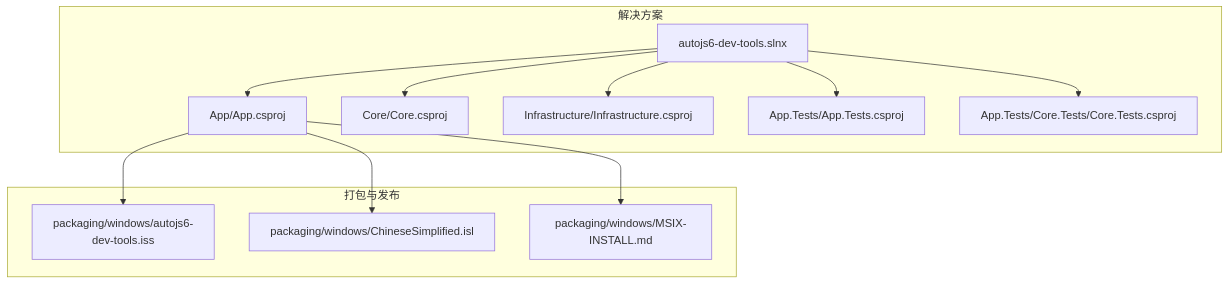
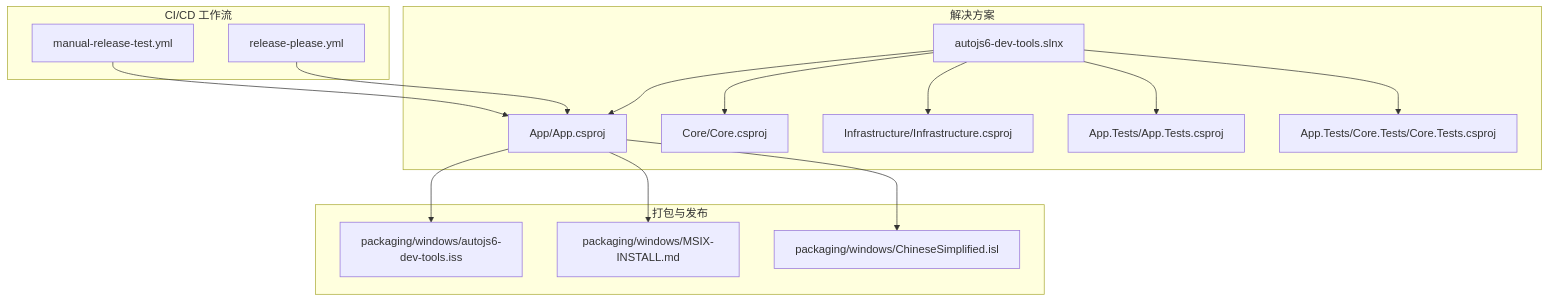
Before and after one commit to terwer/autojs6-dev-tools: the first of 7 diagrams in .qoder/repowiki/zh/content/贡献指南/代码贡献规范/开发流程与代码审查/持续集成与部署.md, drawn with Mermaid. The commit also changed other lines of this file and 11 other files, not shown here.

````diff
--- a/.qoder/repowiki/zh/content/贡献指南/代码贡献规范/开发流程与代码审查/持续集成与部署.md
+++ b/.qoder/repowiki/zh/content/贡献指南/代码贡献规范/开发流程与代码审查/持续集成与部署.md
@@ -46,24 +56,30 @@
 ```mermaid
 graph TB
 subgraph "解决方案"
 SLN["autojs6-dev-tools.slnx"]
 APP["App/App.csproj"]
 CORE["Core/Core.csproj"]
 INFRA["Infrastructure/Infrastructure.csproj"]
 TEST_APP["App.Tests/App.Tests.csproj"]
 TEST_CORE["App.Tests/Core.Tests/Core.Tests.csproj"]
 end
 subgraph "打包与发布"
 ISS["packaging/windows/autojs6-dev-tools.iss"]
 ISL["packaging/windows/ChineseSimplified.isl"]
 MSIX_MD["packaging/windows/MSIX-INSTALL.md"]
 end
+subgraph "CI/CD 工作流"
+MANUAL["manual-release-test.yml"]
+RELEASE["release-please.yml"]
+end
 SLN --> APP
 SLN --> CORE
 SLN --> INFRA
 SLN --> TEST_APP
 SLN --> TEST_CORE
 APP --> ISS
 APP --> MSIX_MD
 APP --> ISL
+MANUAL --> APP
+RELEASE --> APP
 ```
````
